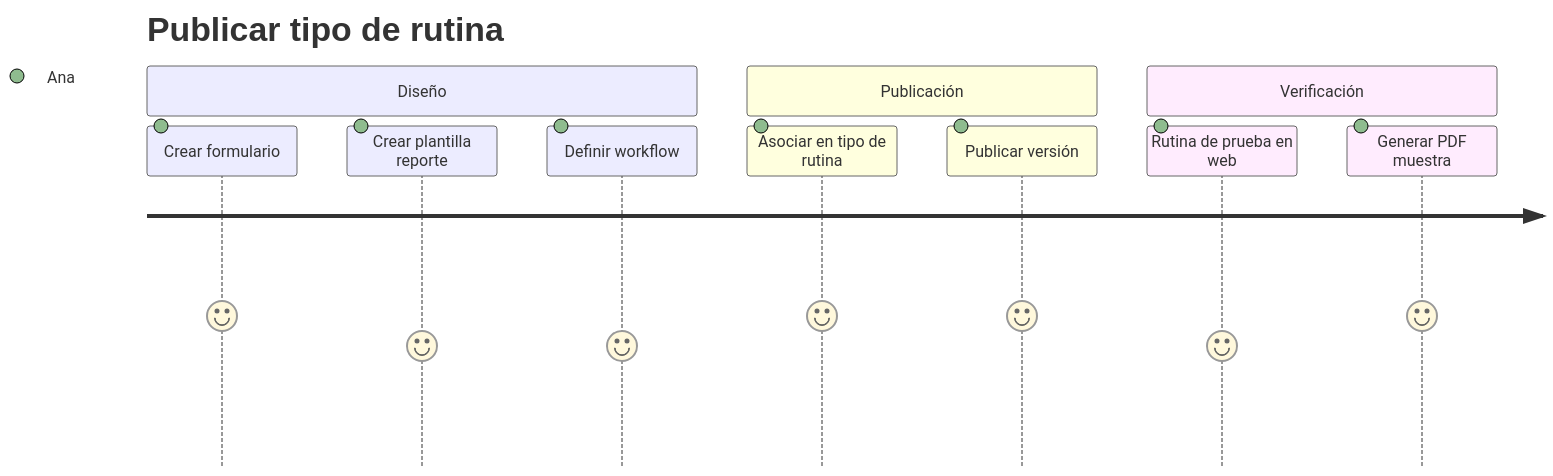
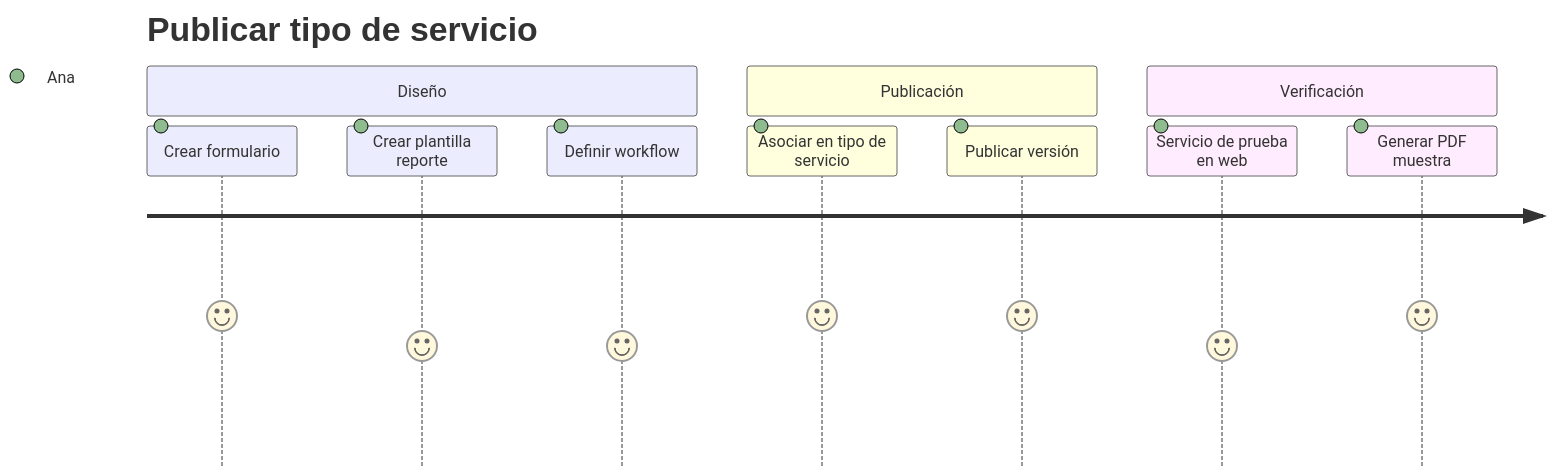
One commit to Adrian247/noah changed the diagram in openspec/design/personas-and-journeys.md. Above: the diagram before and after it, drawn with Mermaid. The commit also changed other lines of this file and 279 other files, not shown here.

````diff
--- a/openspec/design/personas-and-journeys.md
+++ b/openspec/design/personas-and-journeys.md
@@ -32,14 +32,14 @@
 ```mermaid
 journey
-  title Publicar tipo de rutina
+  title Publicar tipo de servicio
   section Diseño
     Crear formulario: 5: Ana
     Crear plantilla reporte: 4: Ana
     Definir workflow: 4: Ana
   section Publicación
-    Asociar en tipo de rutina: 5: Ana
+    Asociar en tipo de servicio: 5: Ana
     Publicar versión: 5: Ana
   section Verificación
-    Rutina de prueba en web: 4: Ana
+    Servicio de prueba en web: 4: Ana
     Generar PDF muestra: 5: Ana
 ```
````
